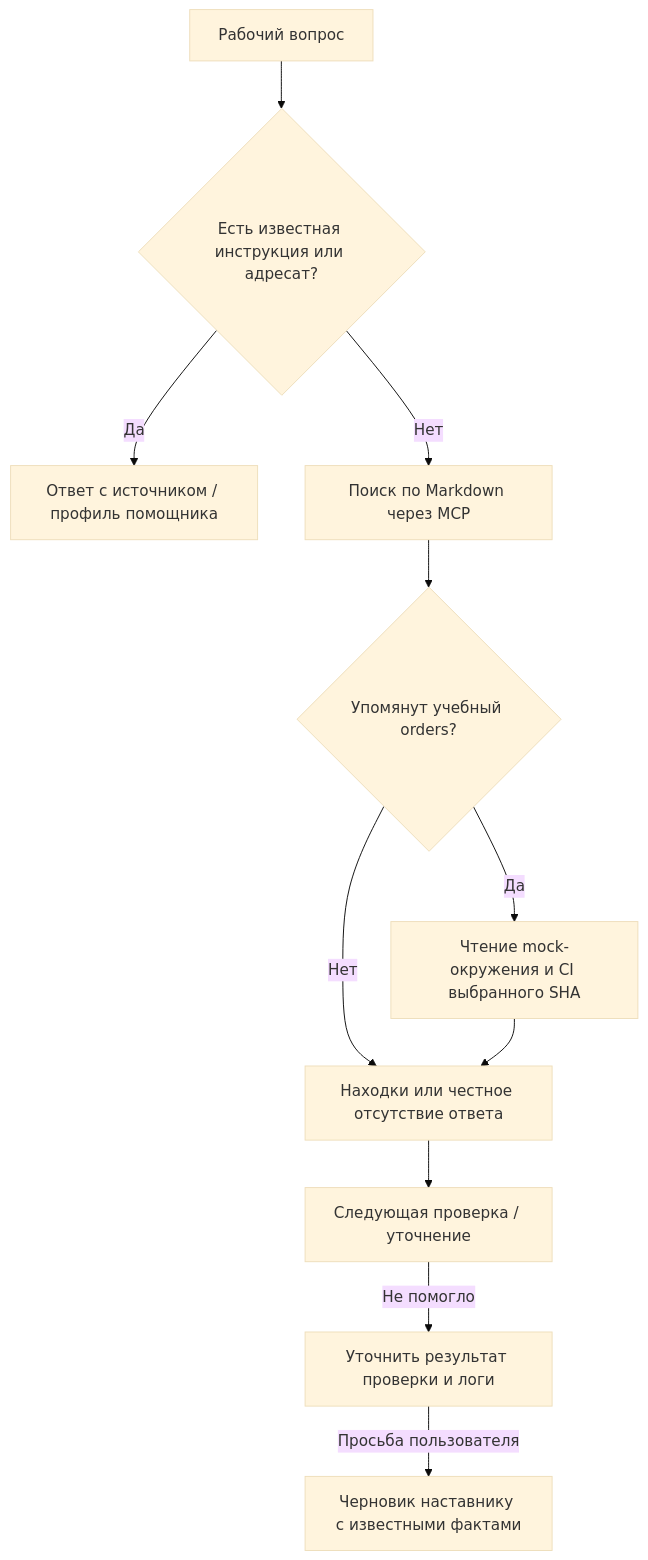
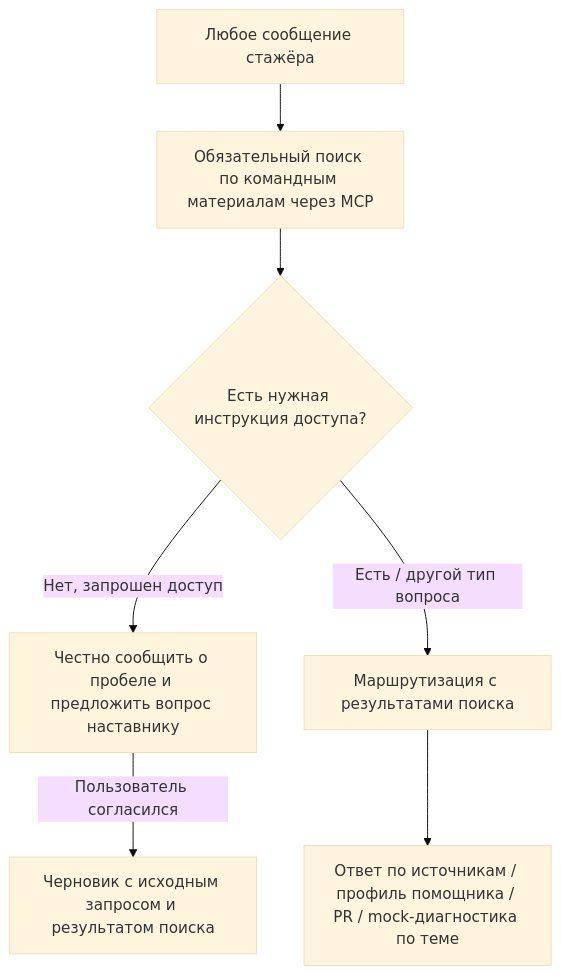
Before and after one commit to wantemira/e2-engineers: the diagram in docs/team-help.md, drawn with Mermaid (base theme). The commit also changed other lines of this file and 34 other files, not shown here.

Commit message:
feat: улучшить Live LLM, обязательный поиск и отображение ответов

````diff
--- a/docs/team-help.md
+++ b/docs/team-help.md
@@ -81,13 +81,9 @@
 ```mermaid
 flowchart TD
-  Q[Рабочий вопрос] --> K{Есть известная инструкция или адресат?}
-  K -->|Да| A[Ответ с источником / профиль помощника]
-  K -->|Нет| S[Поиск по Markdown через MCP]
-  S --> D{Упомянут учебный orders?}
-  D -->|Да| R[Чтение mock-окружения и CI выбранного SHA]
-  D -->|Нет| F[Находки или честное отсутствие ответа]
-  R --> F
-  F --> N[Следующая проверка / уточнение]
-  N -->|Не помогло| L[Уточнить результат проверки и логи]
-  L -->|Просьба пользователя| E[Черновик наставнику с известными фактами]
+ Q[Любое сообщение стажёра] --> S[Обязательный поиск по командным материалам через MCP]
+ S --> R{Есть нужная инструкция доступа?}
+ R -->|Нет, запрошен доступ| G[Честно сообщить о пробеле и предложить вопрос наставнику]
+ G -->|Пользователь согласился| E[Черновик с исходным запросом и результатом поиска]
+ R -->|Есть / другой тип вопроса| A[Маршрутизация с результатами поиска]
+ A --> D[Ответ по источникам / профиль помощника / PR / mock-диагностика по теме]
 ```
````
